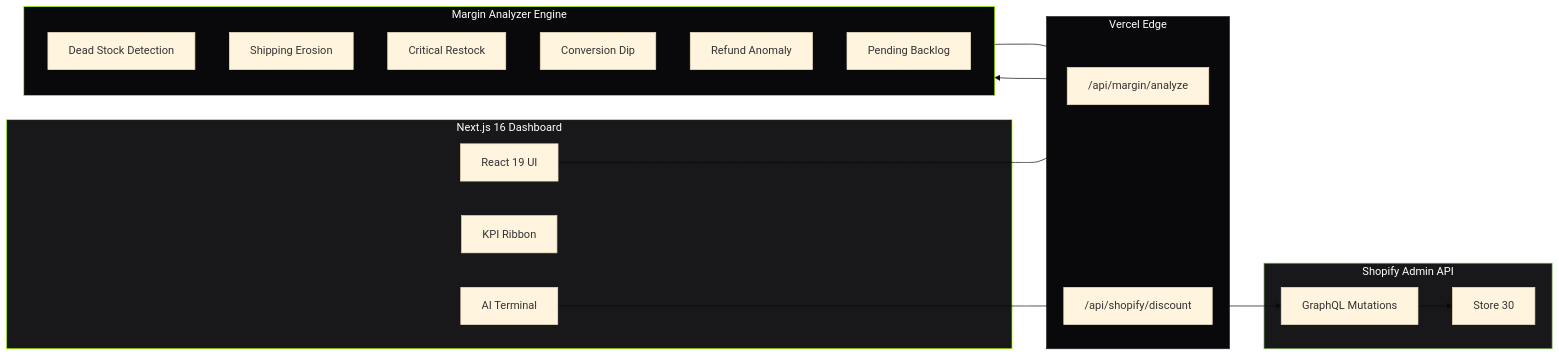
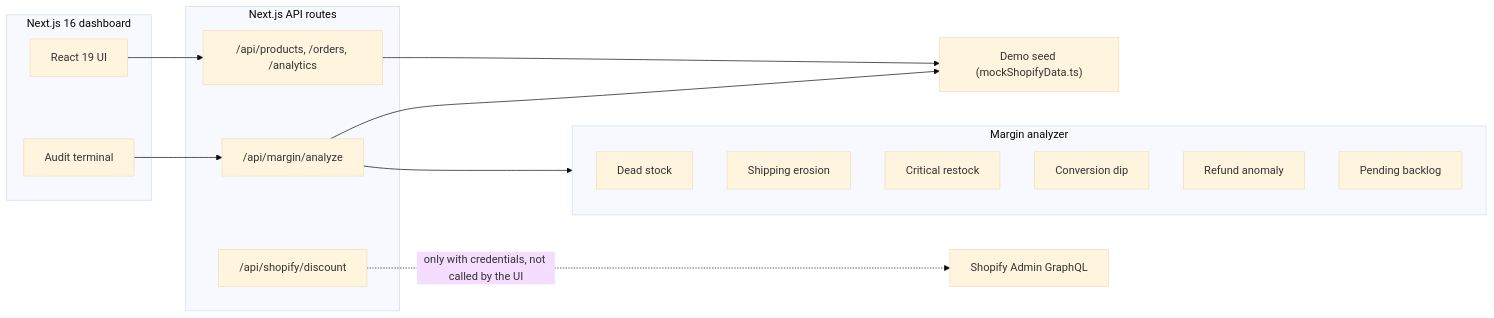
One commit to operatoruplift/Margin-Protector-AI changed the diagram in README.md. Above: the diagram before and after it, drawn with Mermaid (base theme). The commit also changed other lines of this file and 5 other files, not shown here.

````diff
--- a/README.md
+++ b/README.md
@@ -91,39 +164,32 @@
 ```mermaid
 flowchart LR
-    subgraph Client["Next.js 16 Dashboard"]
+    subgraph Client["Next.js 16 dashboard"]
         UI["React 19 UI"]
-        KPI["KPI Ribbon"]
-        Terminal["AI Terminal"]
+        Terminal["Audit terminal"]
     end
 
-    subgraph Edge["Vercel Edge"]
+    subgraph Routes["Next.js API routes"]
         API["/api/margin/analyze"]
+        Data["/api/products, /orders, /analytics"]
         Discount["/api/shopify/discount"]
     end
 
-    subgraph Engine["Margin Analyzer Engine"]
-        H1["Dead Stock Detection"]
-        H2["Shipping Erosion"]
-        H3["Critical Restock"]
-        H4["Conversion Dip"]
-        H5["Refund Anomaly"]
-        H6["Pending Backlog"]
+    subgraph Engine["Margin analyzer"]
+        H1["Dead stock"]
+        H2["Shipping erosion"]
+        H3["Critical restock"]
+        H4["Conversion dip"]
+        H5["Refund anomaly"]
+        H6["Pending backlog"]
     end
 
-    subgraph Shopify["Shopify Admin API"]
-        GQL["GraphQL Mutations"]
-        Store["Store 30"]
-    end
+    Seed["Demo seed (mockShopifyData.ts)"]
+    Shopify["Shopify Admin GraphQL"]
 
-    UI --> API
+    UI --> Data
+    Terminal --> API
+    Data --> Seed
+    API --> Seed
     API --> Engine
-    Engine --> API
-    Terminal --> Discount
-    Discount --> GQL
-    GQL --> Store
-
-    style Client fill:#18181B,stroke:#AAFF00,color:#fff
-    style Edge fill:#09090B,stroke:#27272A,color:#fff
-    style Engine fill:#09090B,stroke:#AAFF00,color:#fff
-    style Shopify fill:#18181B,stroke:#7AB55C,color:#fff
+    Discount -.->|only with credentials, not called by the UI| Shopify
 ```
````
